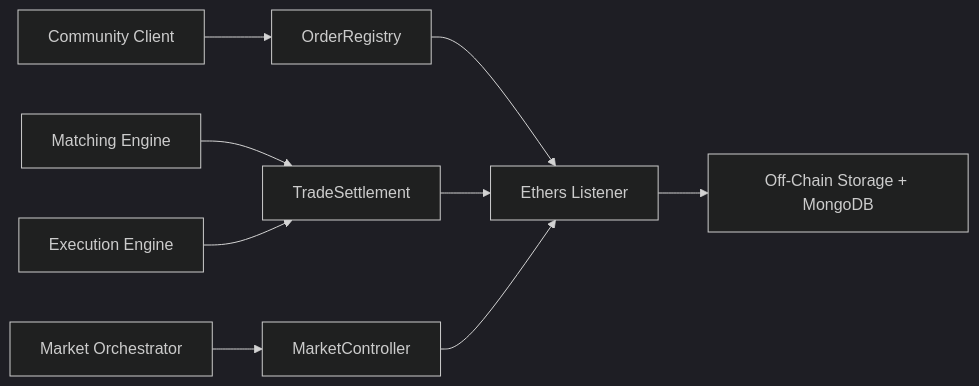
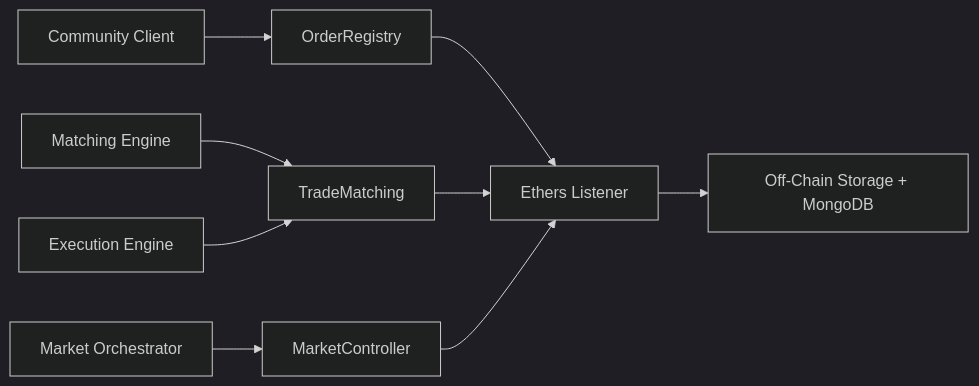
Before and after one commit to gridsingularity/gsy-decentralized-exchange: the diagram in docs/index.md, drawn with Mermaid (dark theme). The commit also changed other lines of this file and 66 other files, not shown here.

````diff
--- a/docs/index.md
+++ b/docs/index.md
@@ -26,11 +26,11 @@
 ```mermaid
 flowchart LR
     CC["Community Client"] --> OR["OrderRegistry"]
     MO["Market Orchestrator"] --> MC["MarketController"]
-    ME["Matching Engine"] --> TS["TradeSettlement"]
+    ME["Matching Engine"] --> TS["TradeMatching"]
     EE["Execution Engine"] --> TS
     OR --> EL["Ethers Listener"]
     TS --> EL
     MC --> EL
     EL --> OB["Off-Chain Storage + MongoDB"]
 ```
````
